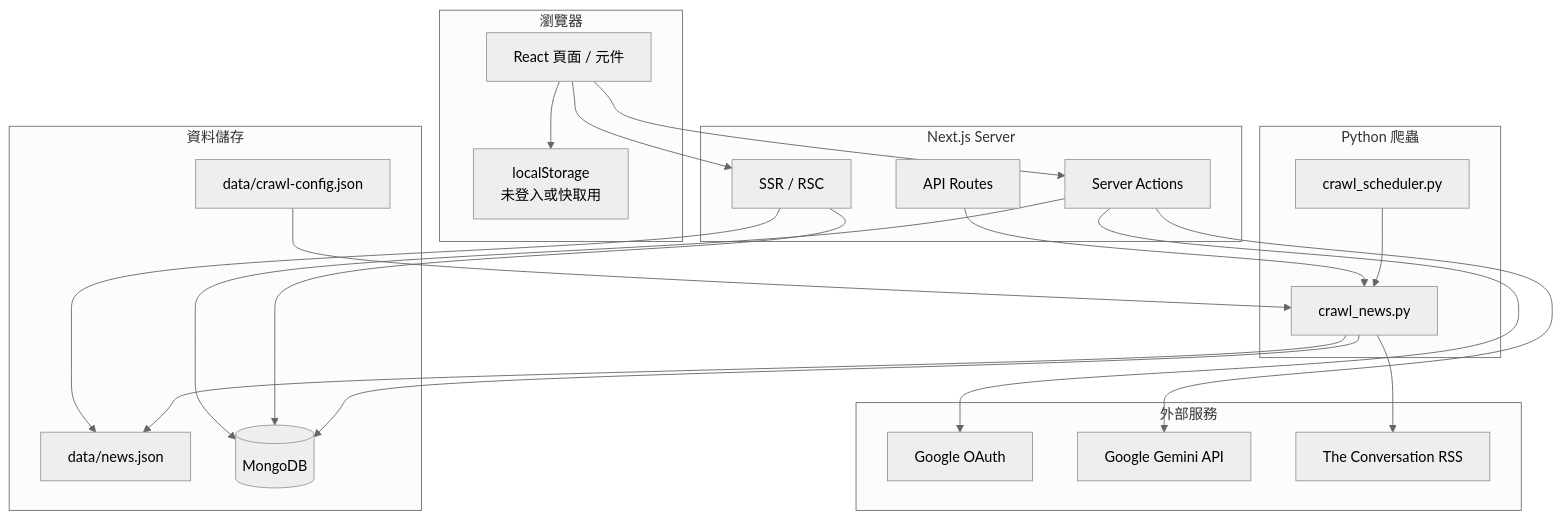
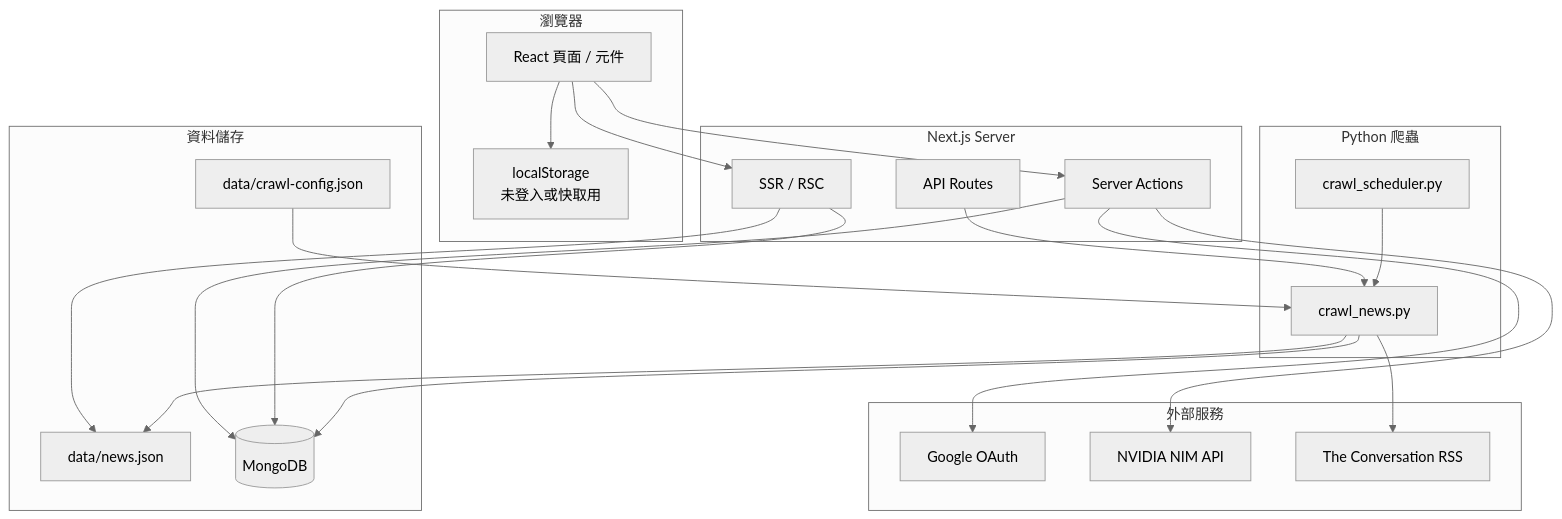
Before and after one commit to Chen11111112/intelligence-news: the diagram in TECH.md, drawn with Mermaid (neutral theme). The commit also changed other lines of this file and 16 other files, not shown here.

````diff
--- a/TECH.md
+++ b/TECH.md
@@ -24,45 +24,45 @@
 ```mermaid
 flowchart TB
   subgraph Client["瀏覽器"]
     UI[React 頁面 / 元件]
     LS[localStorage<br/>未登入或快取用]
   end
 
   subgraph Next["Next.js Server"]
     SA[Server Actions]
     API[API Routes]
     SSR[SSR / RSC]
   end
 
   subgraph External["外部服務"]
     Google[Google OAuth]
-    Gemini[Google Gemini API]
+    NIM[NVIDIA NIM API]
     TC[The Conversation RSS]
   end
 
   subgraph Storage["資料儲存"]
     JSON[data/news.json]
     MONGO[(MongoDB)]
     CFG[data/crawl-config.json]
   end
 
   subgraph Crawler["Python 爬蟲"]
     PY[crawl_news.py]
     SCH[crawl_scheduler.py]
   end
 
   UI --> SA
   UI --> SSR
   UI --> LS
   SA --> MONGO
-  SA --> Gemini
+  SA --> NIM
   SSR --> JSON
   SSR --> MONGO
   API --> PY
   PY --> TC
   PY --> JSON
   PY --> MONGO
   SA --> Google
   CFG --> PY
   SCH --> PY
 ```
````
